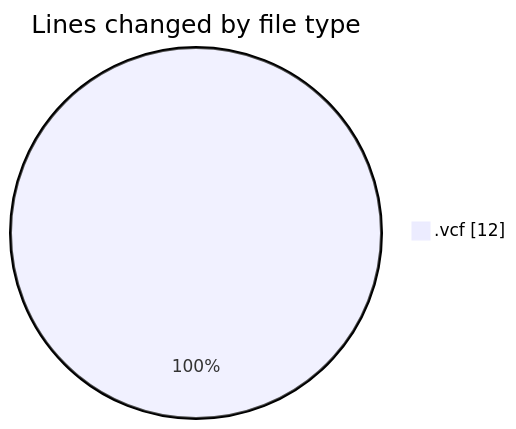
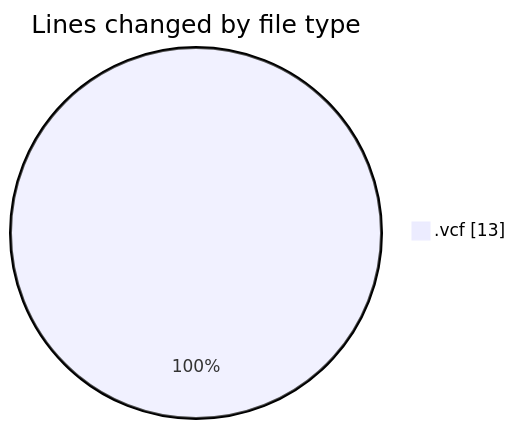
One commit to LanceThiago/code-tracking changed the first of 2 diagrams in 2025-06-03/totem/README.md. Above: the diagram before and after it, drawn with Mermaid. The commit also changed other lines of this file and 1 other file, not shown here.

````diff
--- a/2025-06-03/totem/README.md
+++ b/2025-06-03/totem/README.md
@@ -20,5 +20,5 @@
 ```mermaid
 pie showData
 title Lines changed by file type
-".vcf" : 12
+".vcf" : 13
 ```
````
